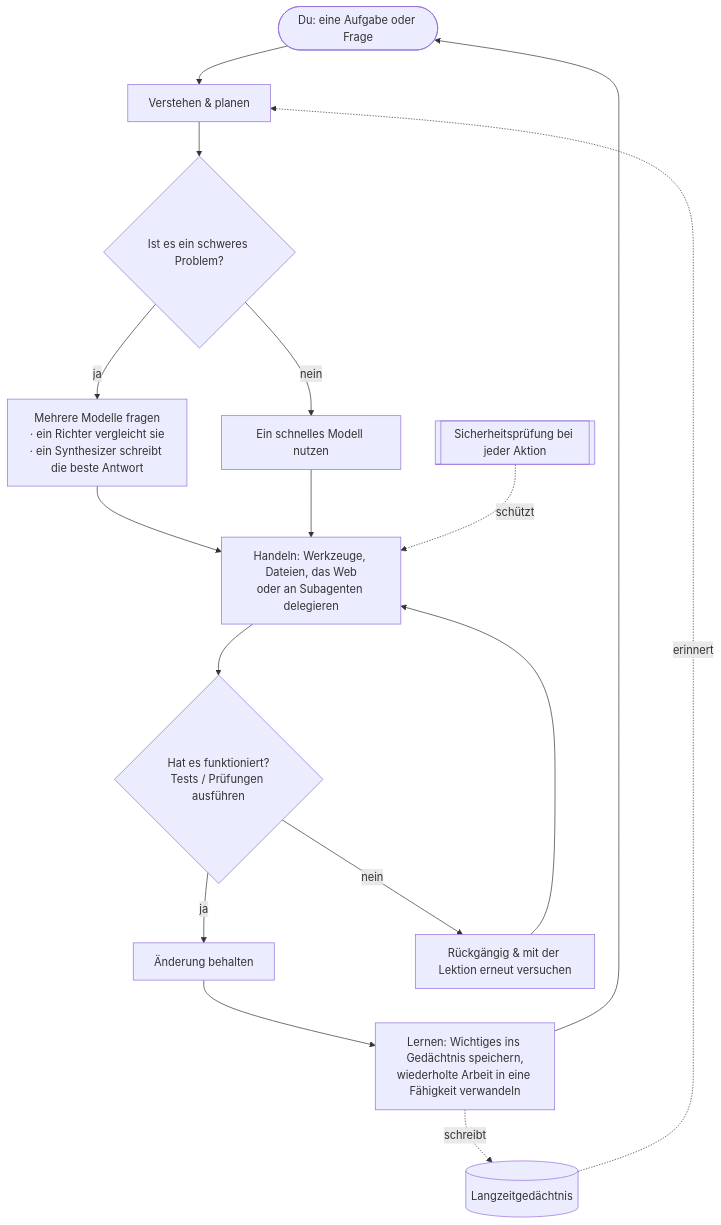
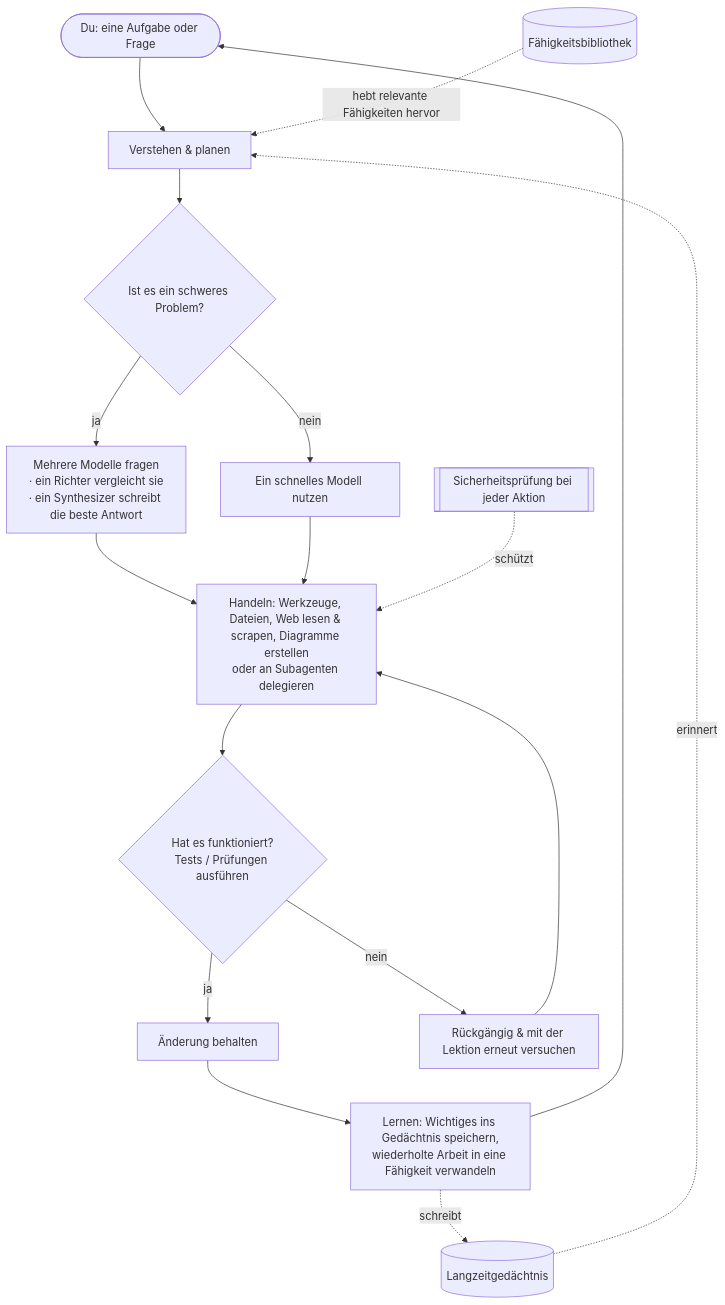
One commit to brcampidelli/chimera-agent changed the diagram in README.de.md. Above: the diagram before and after it, drawn with Mermaid. The commit also changed other lines of this file and 6 other files, not shown here.

````diff
--- a/README.de.md
+++ b/README.de.md
@@ -186,18 +188,19 @@
 ```mermaid
 flowchart TD
     U([Du: eine Aufgabe oder Frage]) --> P[Verstehen & planen]
     P --> Q{Ist es ein schweres Problem?}
     Q -- ja --> FUSION[Mehrere Modelle fragen<br/>· ein Richter vergleicht sie<br/>· ein Synthesizer schreibt die beste Antwort]
     Q -- nein --> ONE[Ein schnelles Modell nutzen]
-    FUSION --> ACT[Handeln: Werkzeuge, Dateien, das Web<br/>oder an Subagenten delegieren]
+    FUSION --> ACT[Handeln: Werkzeuge, Dateien, Web lesen & scrapen, Diagramme erstellen<br/>oder an Subagenten delegieren]
     ONE --> ACT
     ACT --> V{Hat es funktioniert?<br/>Tests / Prüfungen ausführen}
     V -- ja --> KEEP[Änderung behalten]
     V -- nein --> REVERT[Rückgängig & mit der Lektion erneut versuchen]
     REVERT --> ACT
     KEEP --> LEARN[Lernen: Wichtiges ins Gedächtnis speichern,<br/>wiederholte Arbeit in eine Fähigkeit verwandeln]
     LEARN --> U
     MEM[(Langzeitgedächtnis)] -. erinnert .-> P
     LEARN -. schreibt .-> MEM
+    SKILLS[(Fähigkeitsbibliothek)] -. hebt relevante Fähigkeiten hervor .-> P
     GOV[[Sicherheitsprüfung bei jeder Aktion]] -. schützt .-> ACT
 ```
````
